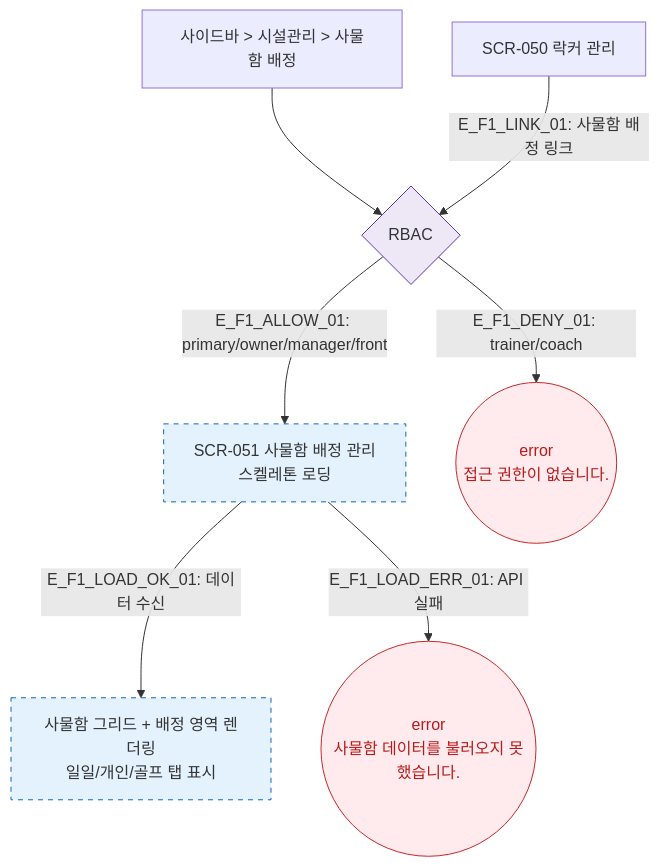
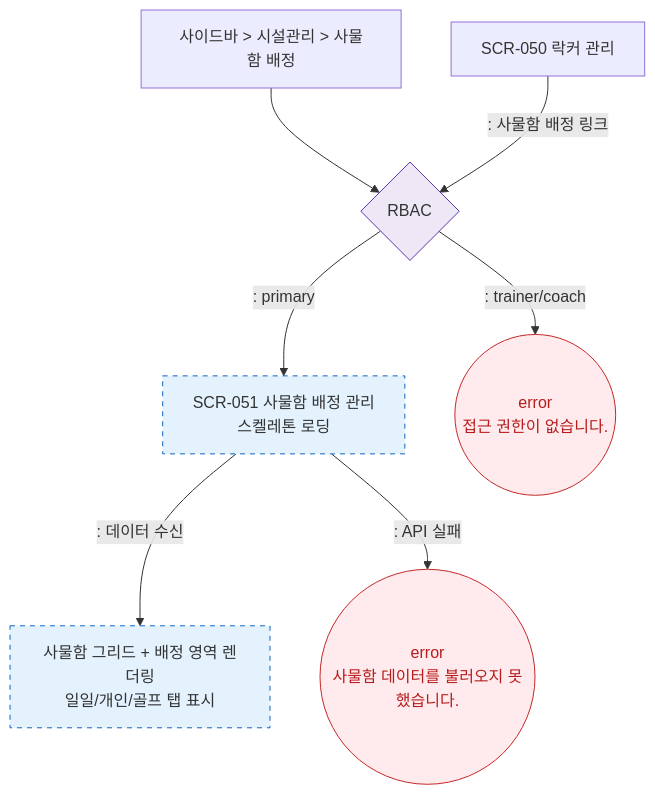
Before and after one commit to dev-spogym/admin-pando: the diagram in docs/다이어그램/D06_시설관리/SCR-051_사물함배정관리/F1_진입플로우.md, drawn with Mermaid. The commit also changed other lines of this file and 1660 other files, not shown here.

First line of the commit message:
다이어그램: 기획자/클라이언트 납품본으로 정리

````diff
--- a/docs/다이어그램/D06_시설관리/SCR-051_사물함배정관리/F1_진입플로우.md
+++ b/docs/다이어그램/D06_시설관리/SCR-051_사물함배정관리/F1_진입플로우.md
@@ -16,18 +14,18 @@
 ```mermaid
 flowchart TD
     NAV[사이드바 > 시설관리 > 사물함 배정] --> RoleCheck{RBAC}
-    SCR_050[SCR-050 락커 관리] -->|"E_F1_LINK_01: 사물함 배정 링크"| RoleCheck
+    SCR_050[SCR-050 락커 관리] -->|": 사물함 배정 링크"|RoleCheck
 
-    RoleCheck -->|"E_F1_ALLOW_01: primary/owner/manager/front"| SCR_051[SCR-051 사물함 배정 관리\n스켈레톤 로딩]
-    RoleCheck -->|"E_F1_DENY_01: trainer/coach"| AccessDenied((error\n접근 권한이 없습니다.))
+    RoleCheck -->|": primary"|SCR_051[SCR-051 사물함 배정 관리\n스켈레톤 로딩]
+    RoleCheck -->|": trainer/coach"|AccessDenied((error\n접근 권한이 없습니다.))
 
-    SCR_051 -->|"E_F1_LOAD_OK_01: 데이터 수신"| Ready[사물함 그리드 + 배정 영역 렌더링\n일일/개인/골프 탭 표시]
-    SCR_051 -->|"E_F1_LOAD_ERR_01: API 실패"| ErrToast((error\n사물함 데이터를 불러오지 못했습니다.))
+    SCR_051 -->|": 데이터 수신"|Ready[사물함 그리드 + 배정 영역 렌더링\n일일/개인/골프 탭 표시]
+    SCR_051 -->|": API 실패"|ErrToast((error\n사물함 데이터를 불러오지 못했습니다.))
 
     classDef screen fill:#E3F2FD,stroke:#1565C0,stroke-dasharray:5 5
     classDef error fill:#FFEBEE,stroke:#C62828,color:#B71C1C
     classDef system fill:#EDE7F6,stroke:#5E35B2
     class SCR_051,Ready screen
     class AccessDenied,ErrToast error
     class RoleCheck system
 ```
````
